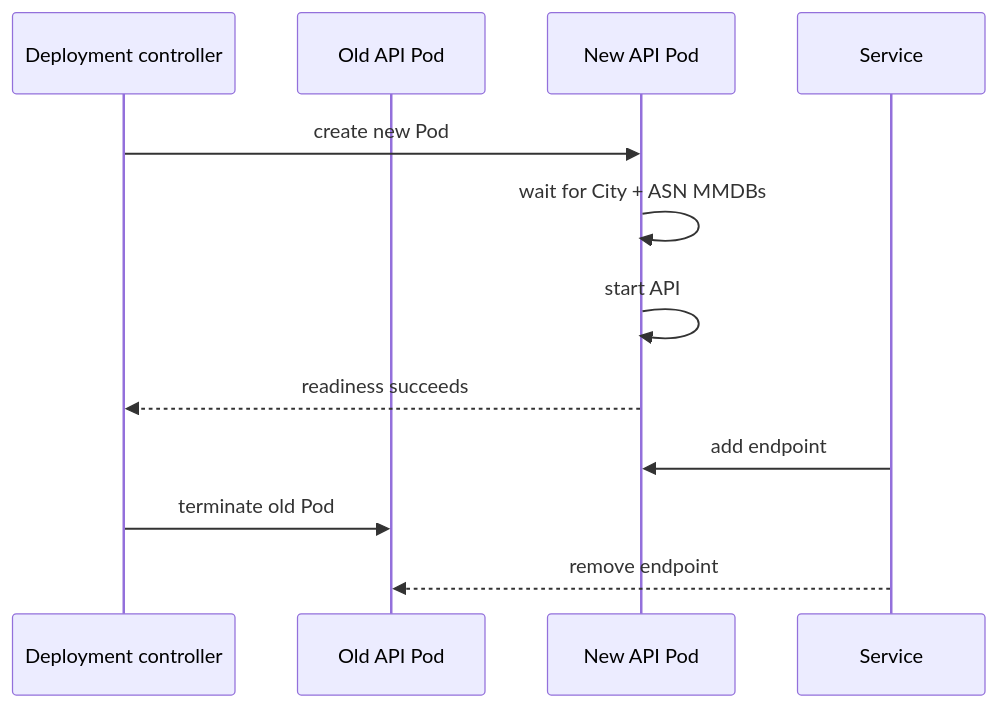
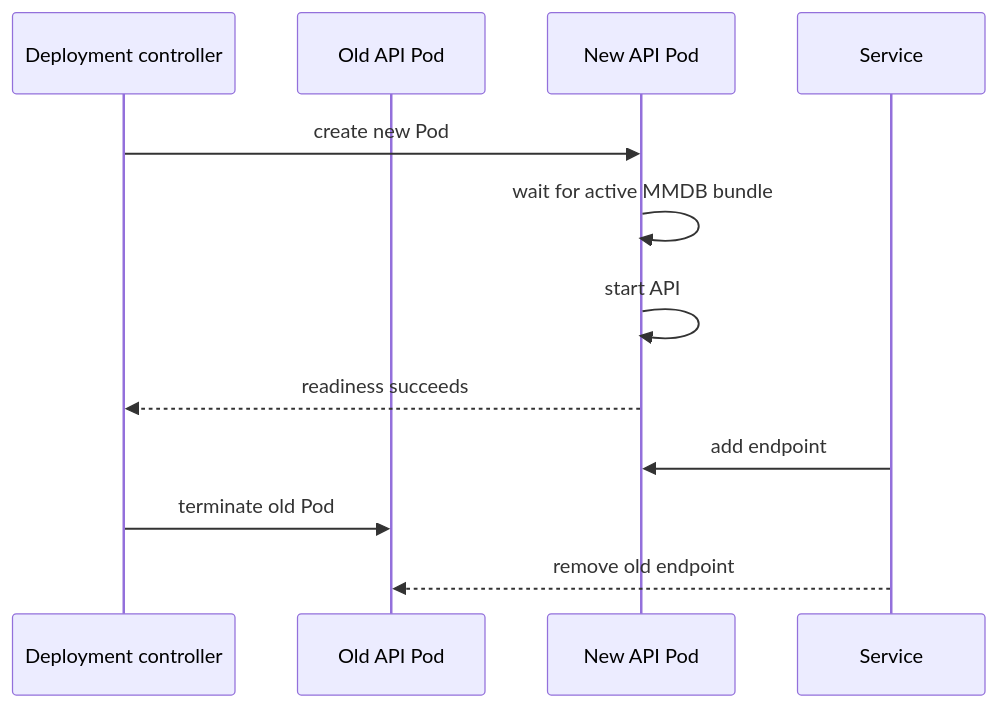
One commit to Jstarzz/geotagger changed the ninth of 10 diagrams in docs/KUBERNETES.md. Above: the diagram before and after it, drawn with Mermaid. The commit also changed other lines of this file, not shown here.

Commit message:
docs: explain atomic MMDB bundle in K3s

````diff
--- a/docs/KUBERNETES.md
+++ b/docs/KUBERNETES.md
@@ -455,14 +418,14 @@
 ```mermaid
 sequenceDiagram
     participant D as Deployment controller
     participant O as Old API Pod
     participant N as New API Pod
     participant S as Service
     D->>N: create new Pod
-    N->>N: wait for City + ASN MMDBs
+    N->>N: wait for active MMDB bundle
     N->>N: start API
     N-->>D: readiness succeeds
     S->>N: add endpoint
     D->>O: terminate old Pod
-    S-->>O: remove endpoint
+    S-->>O: remove old endpoint
 ```
````
